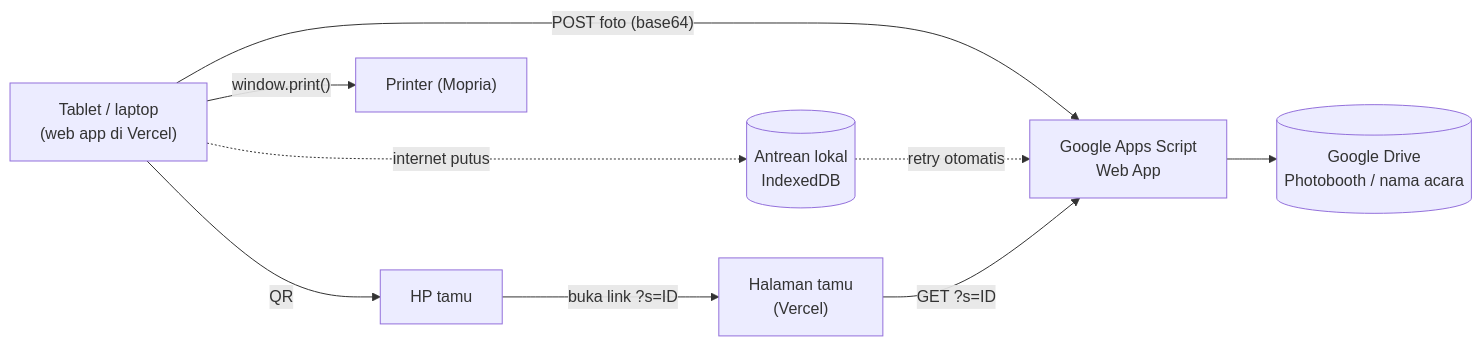
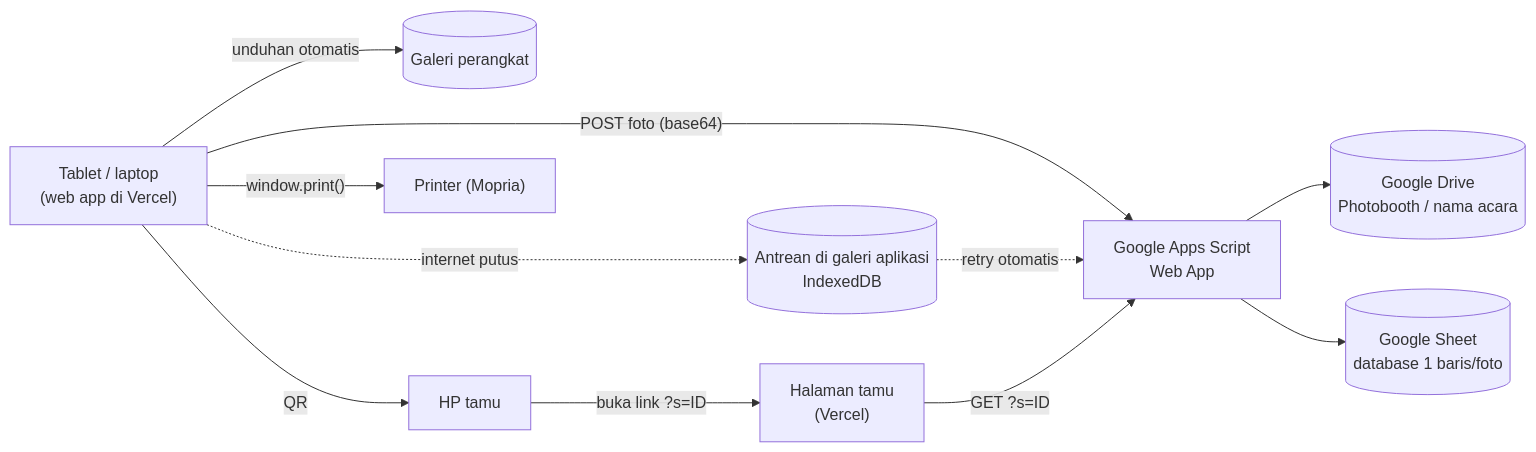
Before and after one commit to zidanfiqri/photobooth: the diagram in README.md, drawn with Mermaid. The commit also changed other lines of this file and 8 other files, not shown here.

````diff
--- a/README.md
+++ b/README.md
@@ -29,11 +33,13 @@
 ```mermaid
 flowchart LR
   K["Tablet / laptop<br/>(web app di Vercel)"] -- "POST foto (base64)" --> A["Google Apps Script<br/>Web App"]
   A --> D[("Google Drive<br/>Photobooth / nama acara")]
-  K -. "internet putus" .-> Q[("Antrean lokal<br/>IndexedDB")]
+  A --> SH[("Google Sheet<br/>database 1 baris/foto")]
+  K -- "unduhan otomatis" --> GL[("Galeri perangkat")]
+  K -. "internet putus" .-> Q[("Antrean di galeri aplikasi<br/>IndexedDB")]
   Q -. "retry otomatis" .-> A
   K -- "QR" --> H["HP tamu"]
   H -- "buka link ?s=ID" --> G["Halaman tamu<br/>(Vercel)"]
   G -- "GET ?s=ID" --> A
   K -- "window.print()" --> P["Printer (Mopria)"]
 ```
````
